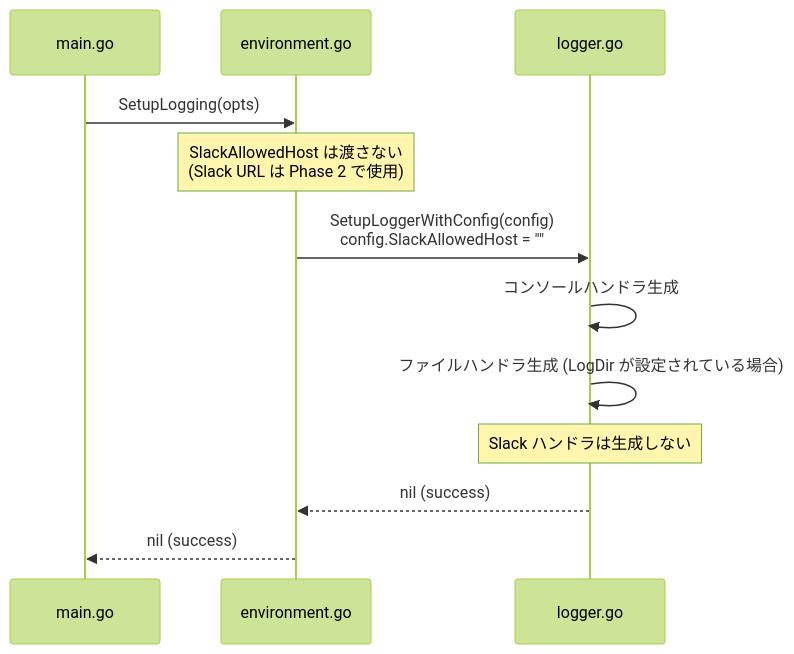
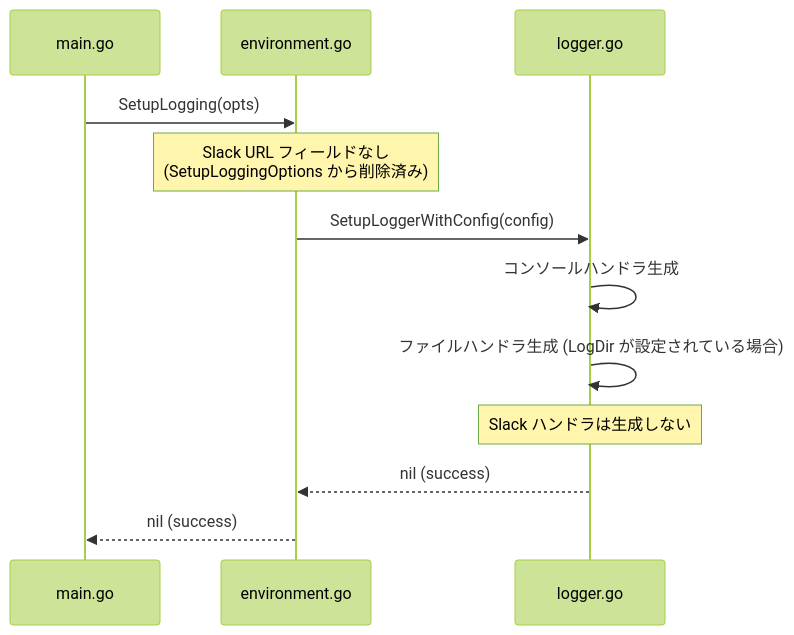
Before and after one commit to isseis/go-safe-cmd-runner: the sixth of 9 diagrams in docs/tasks/0091_slack_webhook_allowlist/02_architecture.md, drawn with Mermaid (forest theme). The commit also changed other lines of this file, not shown here.

Commit message:
docs(0091): align architecture doc with removal of Slack fields from SetupLoggingOptions
§4.1 previously stated SlackWebhookURLSuccess/Error are kept but unused in
Phase 1. The implementation plan removes these fields entirely so that Phase 1
cannot accept Slack URLs at compile time. Update the text and sequence diagram
note to match that intent.

````diff
--- a/docs/tasks/0091_slack_webhook_allowlist/02_architecture.md
+++ b/docs/tasks/0091_slack_webhook_allowlist/02_architecture.md
@@ -150,15 +150,15 @@
 ```mermaid
 sequenceDiagram
     participant M as main.go
     participant E as environment.go
     participant L as logger.go
 
     M->>E: SetupLogging(opts)
-    Note over E: SlackAllowedHost は渡さない<br>(Slack URL は Phase 2 で使用)
-    E->>L: SetupLoggerWithConfig(config)<br>config.SlackAllowedHost = ""
+    Note over E: Slack URL フィールドなし<br>(SetupLoggingOptions から削除済み)
+    E->>L: SetupLoggerWithConfig(config)
     L->>L: コンソールハンドラ生成
     L->>L: ファイルハンドラ生成 (LogDir が設定されている場合)
     Note over L: Slack ハンドラは生成しない
     L-->>E: nil (success)
     E-->>M: nil (success)
 ```
````
